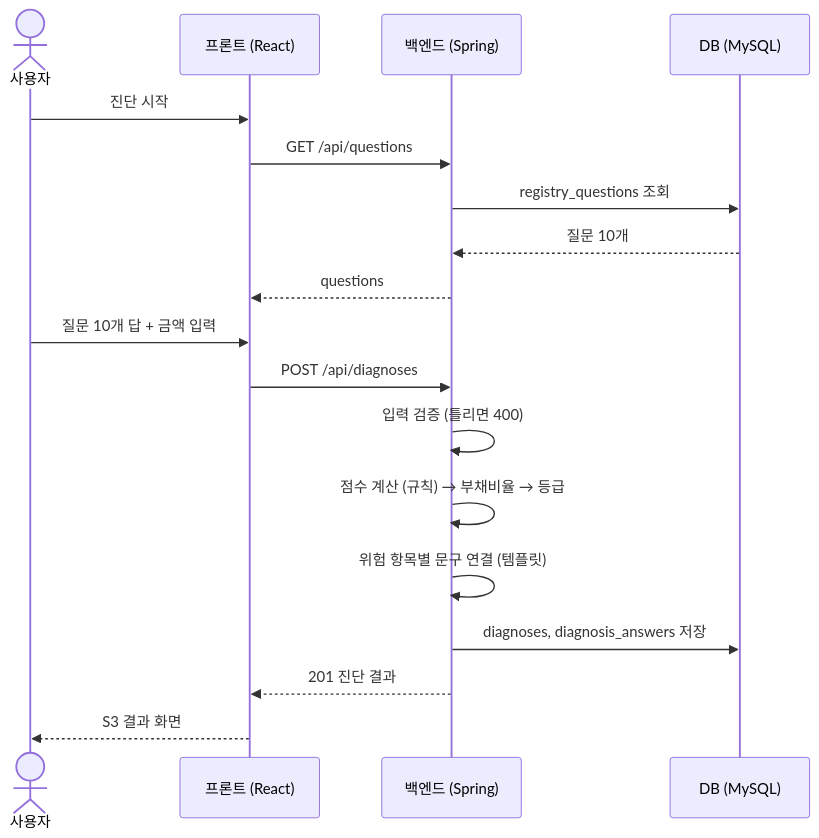
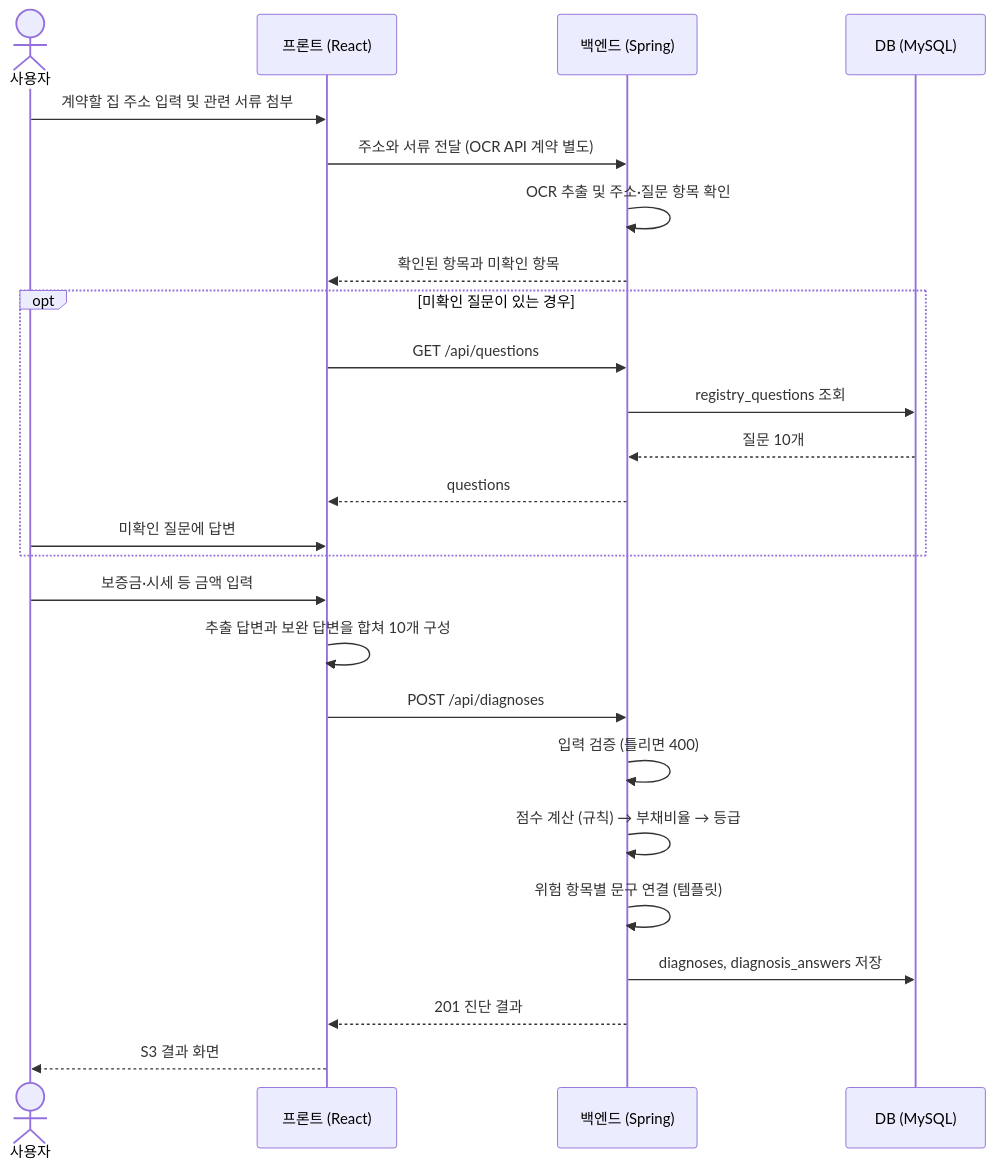
One commit to LGCNS-HackerTon/BackEnd changed the second of 3 diagrams in docs/06-service-flow.md. Above: the diagram before and after it, drawn with Mermaid. The commit also changed other lines of this file and 5 other files, not shown here.

````diff
--- a/docs/06-service-flow.md
+++ b/docs/06-service-flow.md
@@ -99,21 +102,28 @@
 ```mermaid
 sequenceDiagram
     actor U as 사용자
     participant FE as 프론트 (React)
     participant BE as 백엔드 (Spring)
     participant DB as DB (MySQL)
 
-    U->>FE: 진단 시작
-    FE->>BE: GET /api/questions
-    BE->>DB: registry_questions 조회
-    DB-->>BE: 질문 10개
-    BE-->>FE: questions
-    U->>FE: 질문 10개 답 + 금액 입력
+    U->>FE: 계약할 집 주소 입력 및 관련 서류 첨부
+    FE->>BE: 주소와 서류 전달 (OCR API 계약 별도)
+    BE->>BE: OCR 추출 및 주소·질문 항목 확인
+    BE-->>FE: 확인된 항목과 미확인 항목
+    opt 미확인 질문이 있는 경우
+        FE->>BE: GET /api/questions
+        BE->>DB: registry_questions 조회
+        DB-->>BE: 질문 10개
+        BE-->>FE: questions
+        U->>FE: 미확인 질문에 답변
+    end
+    U->>FE: 보증금·시세 등 금액 입력
+    FE->>FE: 추출 답변과 보완 답변을 합쳐 10개 구성
     FE->>BE: POST /api/diagnoses
     BE->>BE: 입력 검증 (틀리면 400)
     BE->>BE: 점수 계산 (규칙) → 부채비율 → 등급
     BE->>BE: 위험 항목별 문구 연결 (템플릿)
     BE->>DB: diagnoses, diagnosis_answers 저장
     BE-->>FE: 201 진단 결과
     FE-->>U: S3 결과 화면
 ```
````
